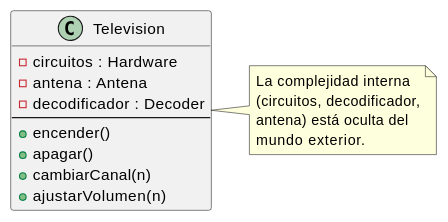
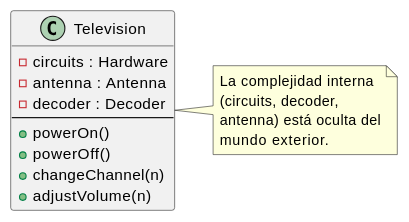
Before and after one commit to jcg-admin/IACT-docs: the diagram in source/base-cognitiva/_uml/uml-02-orientacion-objetos/encapsulamiento.rst, drawn with PlantUML. The commit also changed 16 other files, not shown here.

```diff
--- a/source/base-cognitiva/_uml/uml-02-orientacion-objetos/encapsulamiento.rst
+++ b/source/base-cognitiva/_uml/uml-02-orientacion-objetos/encapsulamiento.rst
@@ -12,21 +12,21 @@
 .. uml::
 
    @startuml
 
    class Television {
-     - circuitos : Hardware
-     - antena : Antena
-     - decodificador : Decoder
+     - circuits : Hardware
+     - antenna : Antenna
+     - decoder : Decoder
      --
-     + encender()
-     + apagar()
-     + cambiarCanal(n)
-     + ajustarVolumen(n)
+     + powerOn()
+     + powerOff()
+     + changeChannel(n)
+     + adjustVolume(n)
    }
    note right of Television
      La complejidad interna
-     (circuitos, decodificador,
-     antena) está oculta del
+     (circuits, decoder,
+     antenna) está oculta del
      mundo exterior.
    end note
    @enduml
```
